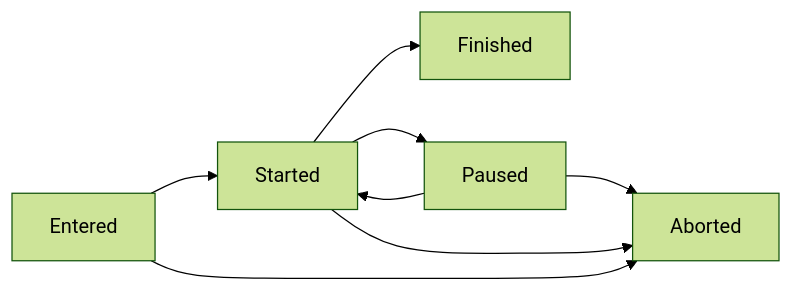
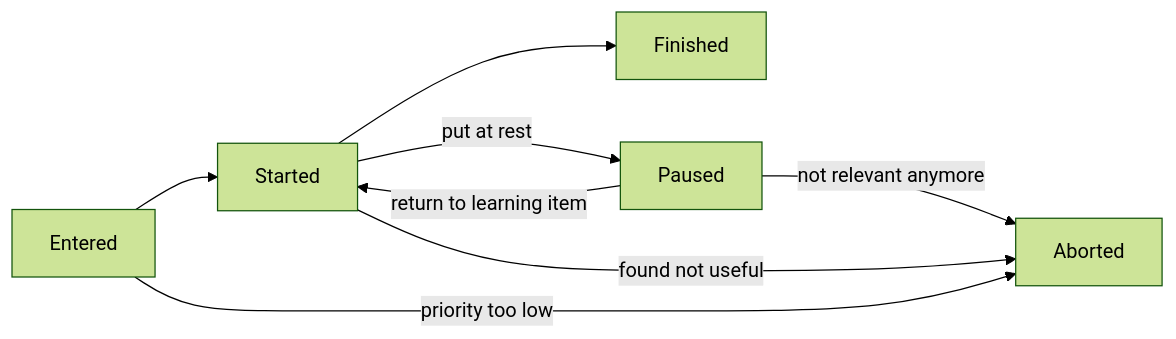
One commit to sourcefranke/learning-logs-presentation changed the diagram in pages/state.md. Above: the diagram before and after it, drawn with Mermaid (forest theme). The commit also changed 1 other file, not shown here.

Commit message:
describe state shift

````diff
--- a/pages/state.md
+++ b/pages/state.md
@@ -8,11 +8,11 @@
 ```mermaid {scale: 1.5}
 flowchart LR
     Entered --> Started --> Finished
     
-    Started --> Paused
-    Paused --> Started
-    Paused --> Aborted
+    Started -- put at rest --> Paused
+    Paused -- return to learning item --> Started
+    Paused -- not relevant anymore --> Aborted
 
-    Started --> Aborted
-    Entered --> Aborted
+    Started -- found not useful --> Aborted
+    Entered -- priority too low --> Aborted
 ```
````
